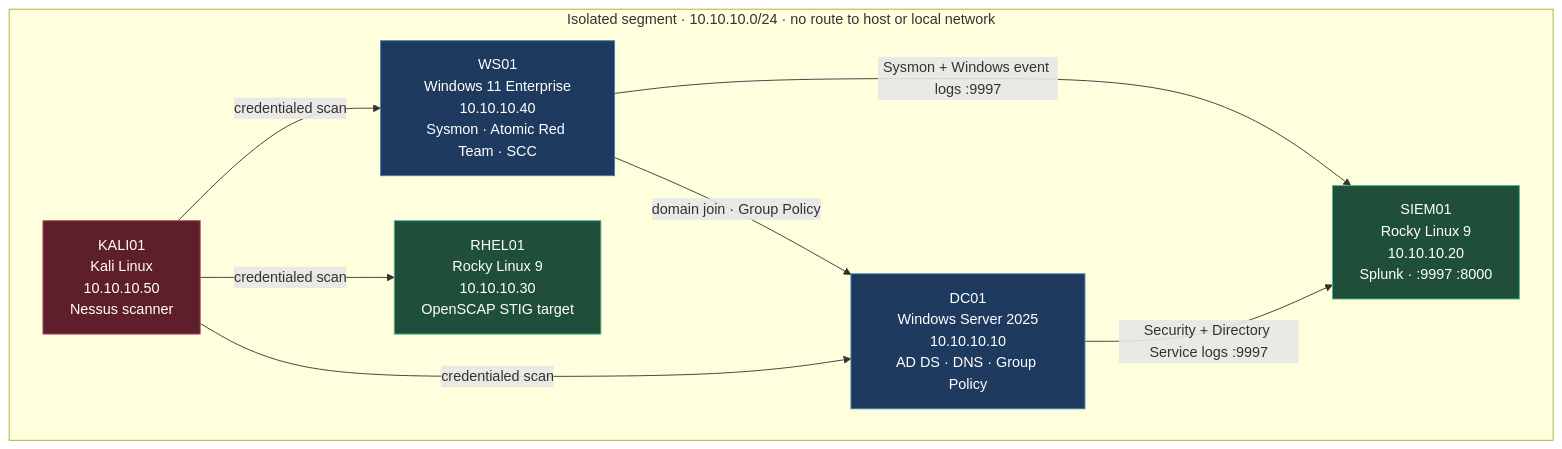
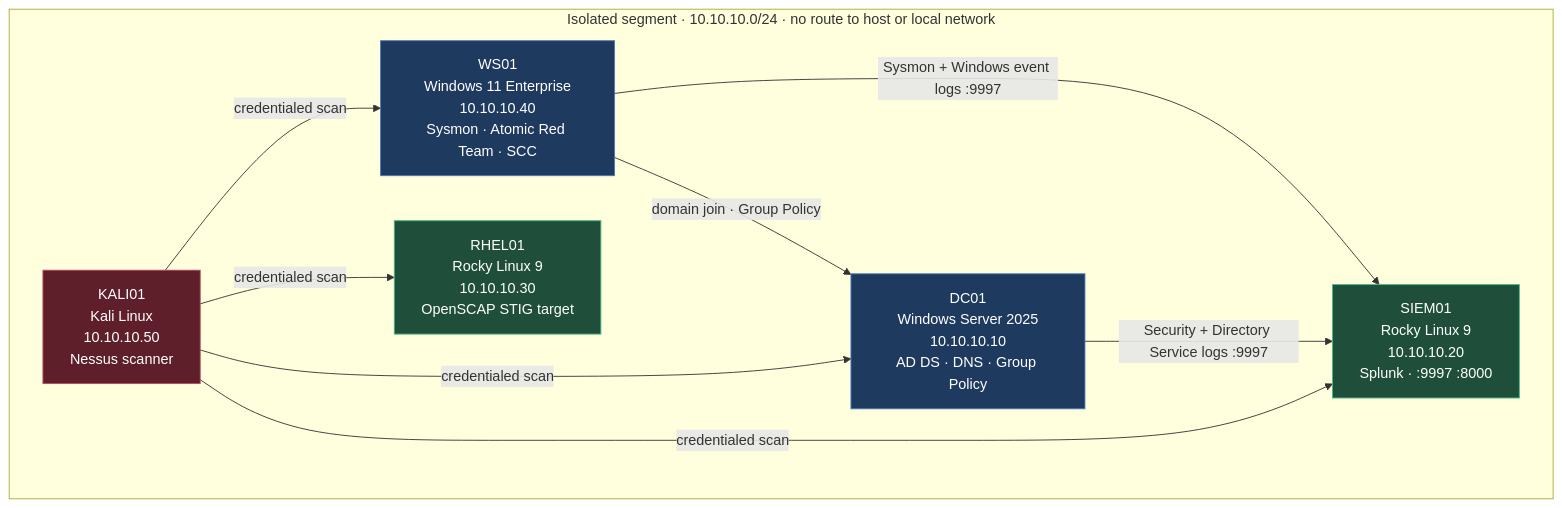
The first of 3 diagrams in docs/network-diagram.md (SamEmerson1/federal-homelab), drawn with Mermaid before and after one commit.

Commit message:
Add credentialed scan from KALI01 to SIEM01

````diff
--- a/docs/network-diagram.md
+++ b/docs/network-diagram.md
@@ -5,24 +5,25 @@
 ```mermaid
 graph TB
     subgraph LABNET["Isolated segment · 10.10.10.0/24 · no route to host or local network"]
         DC01["DC01<br/>Windows Server 2025<br/>10.10.10.10<br/>AD DS · DNS · Group Policy"]
         SIEM01["SIEM01<br/>Rocky Linux 9<br/>10.10.10.20<br/>Splunk · :9997 :8000"]
         RHEL01["RHEL01<br/>Rocky Linux 9<br/>10.10.10.30<br/>OpenSCAP STIG target"]
         WS01["WS01<br/>Windows 11 Enterprise<br/>10.10.10.40<br/>Sysmon · Atomic Red Team · SCC"]
         KALI01["KALI01<br/>Kali Linux<br/>10.10.10.50<br/>Nessus scanner"]
     end
 
     WS01 -->|"domain join · Group Policy"| DC01
     WS01 -->|"Sysmon + Windows event logs :9997"| SIEM01
     DC01 -->|"Security + Directory Service logs :9997"| SIEM01
     KALI01 -->|"credentialed scan"| DC01
     KALI01 -->|"credentialed scan"| WS01
     KALI01 -->|"credentialed scan"| RHEL01
+    KALI01 -->|"credentialed scan"| SIEM01
 
     classDef win fill:#1f3a5f,stroke:#4a7ab8,color:#ffffff
     classDef lin fill:#1f4f3a,stroke:#4ab887,color:#ffffff
     classDef atk fill:#5f1f2a,stroke:#b84a5f,color:#ffffff
     class DC01,WS01 win
     class SIEM01,RHEL01 lin
     class KALI01 atk
 ```
````
